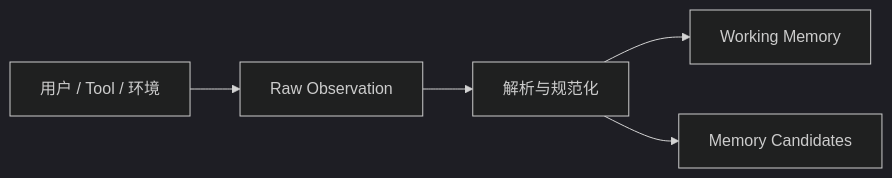
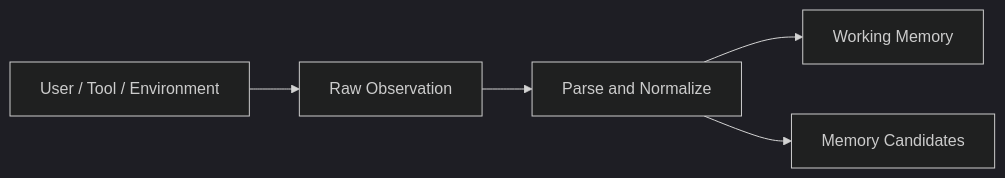
The third of 15 diagrams in docs/agent/03-memory-context/07-agent-memory.md (oneleaveknowsthefall/awesome-ai-roadmap), drawn with Mermaid (dark theme) before and after one commit. The commit also changed other lines of this file and 68 other files, not shown here.

````diff
--- a/docs/agent/03-memory-context/07-agent-memory.md
+++ b/docs/agent/03-memory-context/07-agent-memory.md
@@ -98,7 +98,7 @@
 ```mermaid
 flowchart LR
-    ENV[用户 / Tool / 环境] --> RAW[Raw Observation]
-    RAW --> N[解析与规范化]
+    ENV[User / Tool / Environment] --> RAW[Raw Observation]
+    RAW --> N[Parse and Normalize]
     N --> WM[Working Memory]
     N --> CAND[Memory Candidates]
 ```
````
